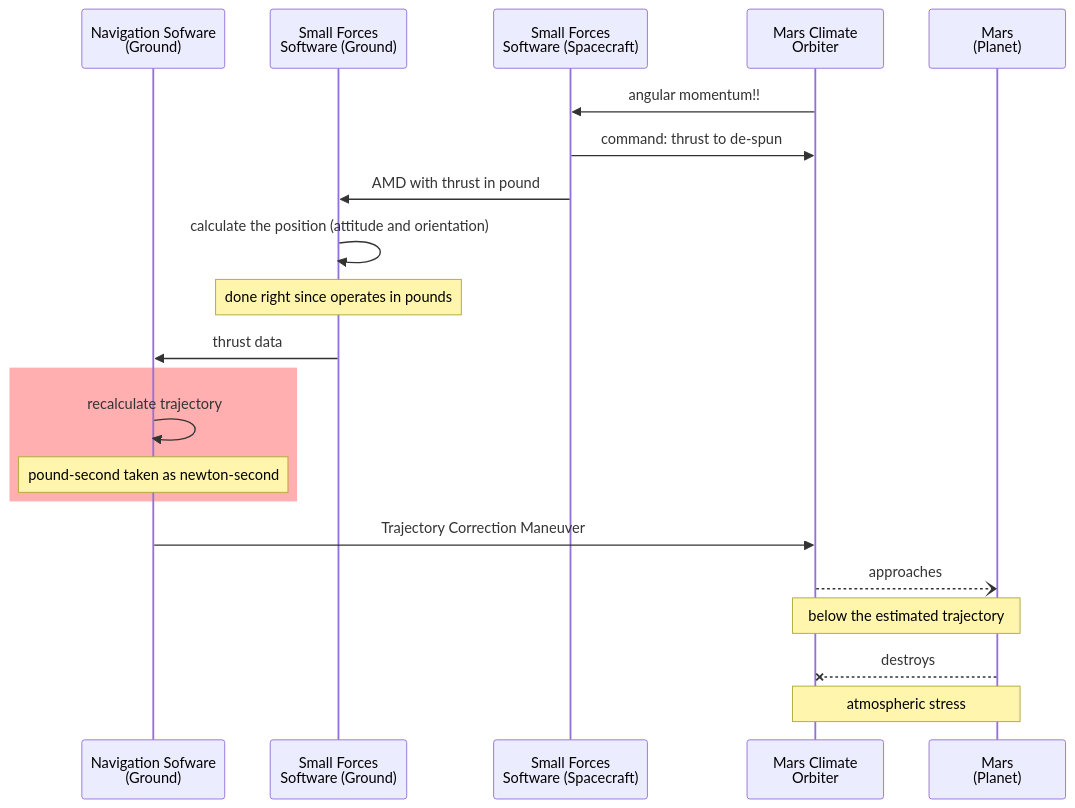
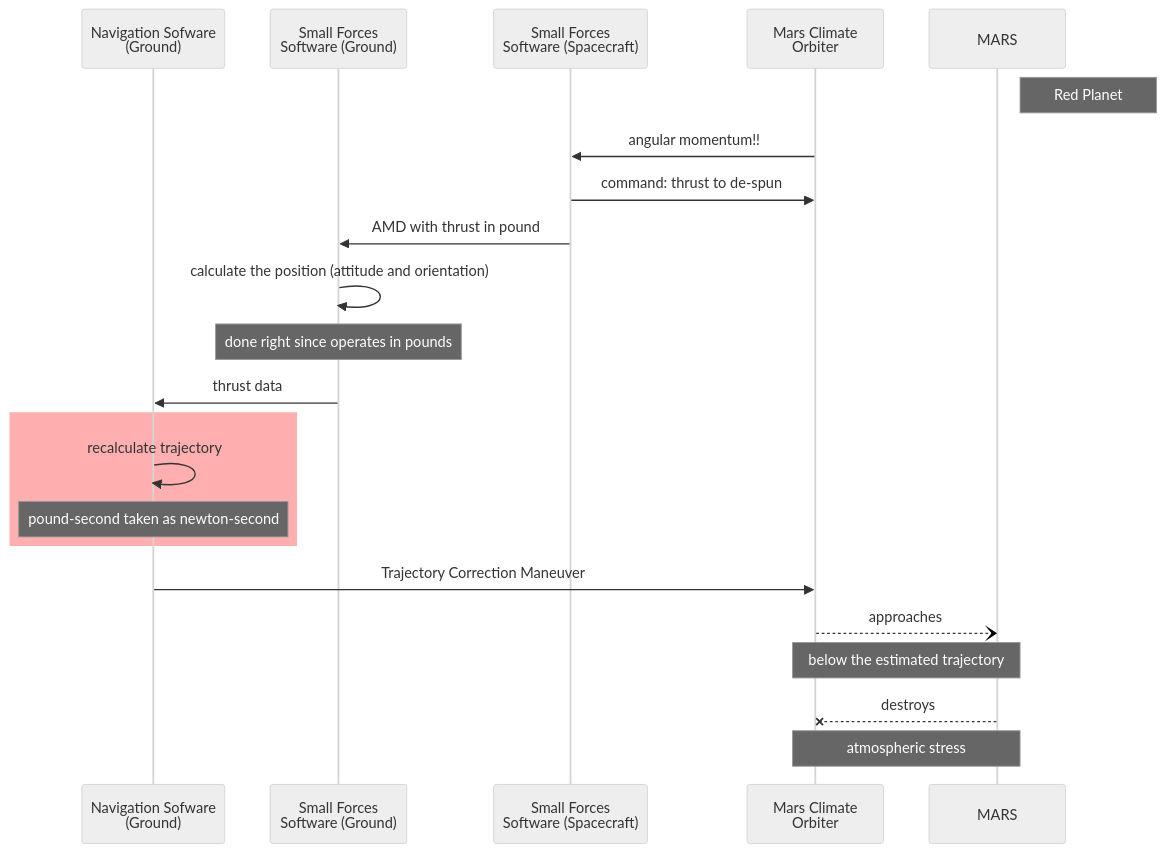
One commit to Kyriosity/use-dev changed the diagram in README+/parts/MultifacetVal/README.md. Above: the diagram before and after it, drawn with Mermaid. The commit also changed other lines of this file, not shown here.

Commit message:
🖌️🚧U-Val✒️

````diff
--- a/README+/parts/MultifacetVal/README.md
+++ b/README+/parts/MultifacetVal/README.md
@@ -37,24 +39,31 @@
 ```mermaid
+---
+config:
+  look: handDrawn
+  theme: neutral
+noteBkgColor: rgb(255, 175, 175)
+---
 sequenceDiagram
 participant NAV as Navigation Sofware<br />(Ground)
 participant SF as Small Forces<br />Software (Ground)
 participant SFO as Small Forces<br />Software (Spacecraft)
 participant MCO as Mars Climate<br />Orbiter
-participant M as Mars<br />(Planet)
+participant MARS
+ Note right of MARS: Red Planet
        MCO->>SFO: angular momentum!!
       SFO->>MCO: command: thrust to de-spun
       SFO->>SF: AMD with thrust in pound
       SF->>SF: calculate the position (attitude and orientation)
 Note over SF,SF: done right since operates in pounds
       SF->>NAV: thrust data
 rect rgb(255, 175, 175)
       NAV->>NAV: recalculate trajectory
 Note over NAV,NAV: pound-second taken as newton-second 
 end
       NAV->>MCO: Trajectory Correction Maneuver
-      MCO--)M: approaches
-Note over MCO,M: below the estimated trajectory
-      M--xMCO: destroys
-Note over M,MCO: atmospheric stress
+      MCO--)MARS: approaches
+Note over MCO,MARS: below the estimated trajectory
+      MARS--xMCO: destroys
+Note over MARS,MCO: atmospheric stress
 destroy participant MCO
 ```
````
